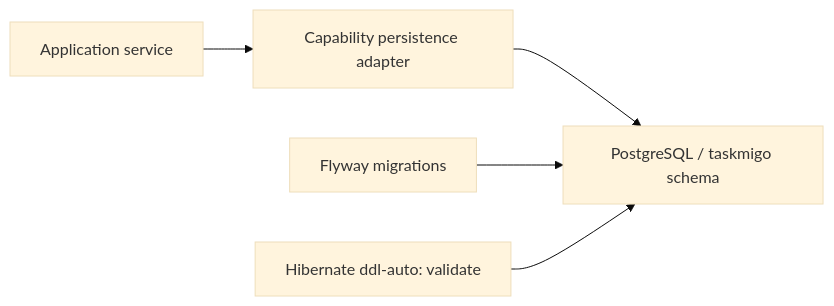
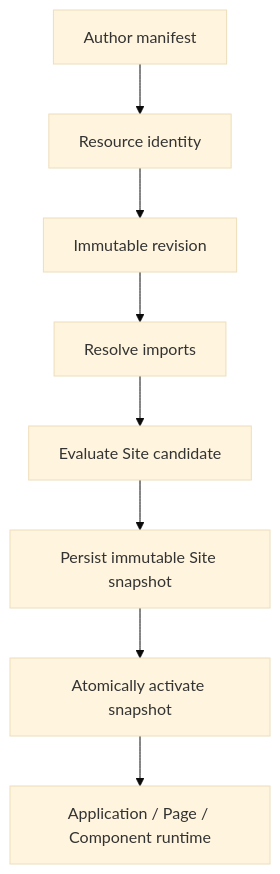
One commit to taskmigo/docs changed the first of 3 diagrams in content/versions/v0/developer/database.mdx. Above: the diagram before and after it, drawn with Mermaid (base theme). The commit also changed other lines of this file, not shown here.

````diff
--- a/content/versions/v0/developer/database.mdx
+++ b/content/versions/v0/developer/database.mdx
@@ -14,7 +12,10 @@
 ```mermaid
-flowchart LR
-  app["Application service"] --> repo["Capability persistence adapter"]
-  repo --> pg["PostgreSQL / taskmigo schema"]
-  flyway["Flyway migrations"] --> pg
-  hibernate["Hibernate ddl-auto: validate"] --> pg
+flowchart TD
+  author["Author manifest"] --> resource["Resource identity"]
+  resource --> revision["Immutable revision"]
+  revision --> resolve["Resolve imports"]
+  resolve --> candidate["Evaluate Site candidate"]
+  candidate --> snapshot["Persist immutable Site snapshot"]
+  snapshot --> activate["Atomically activate snapshot"]
+  activate --> runtime["Application / Page / Component runtime"]
 ```
````
